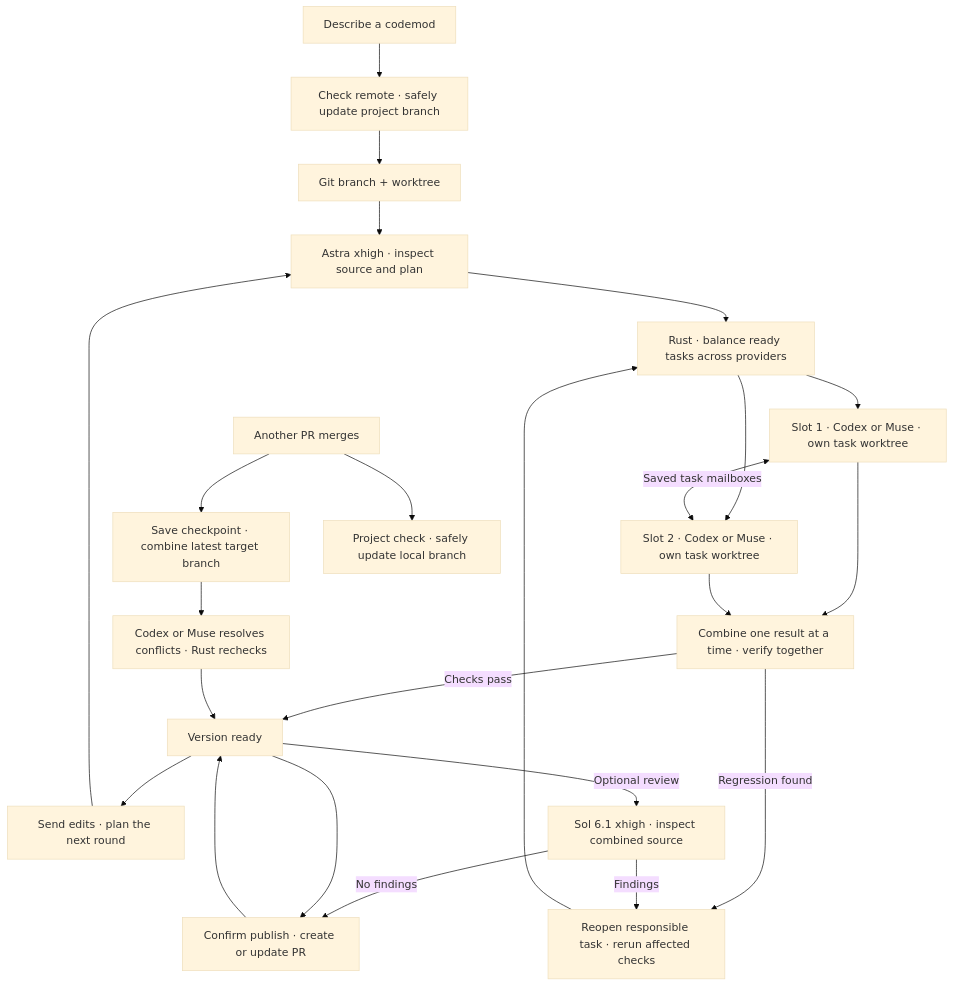
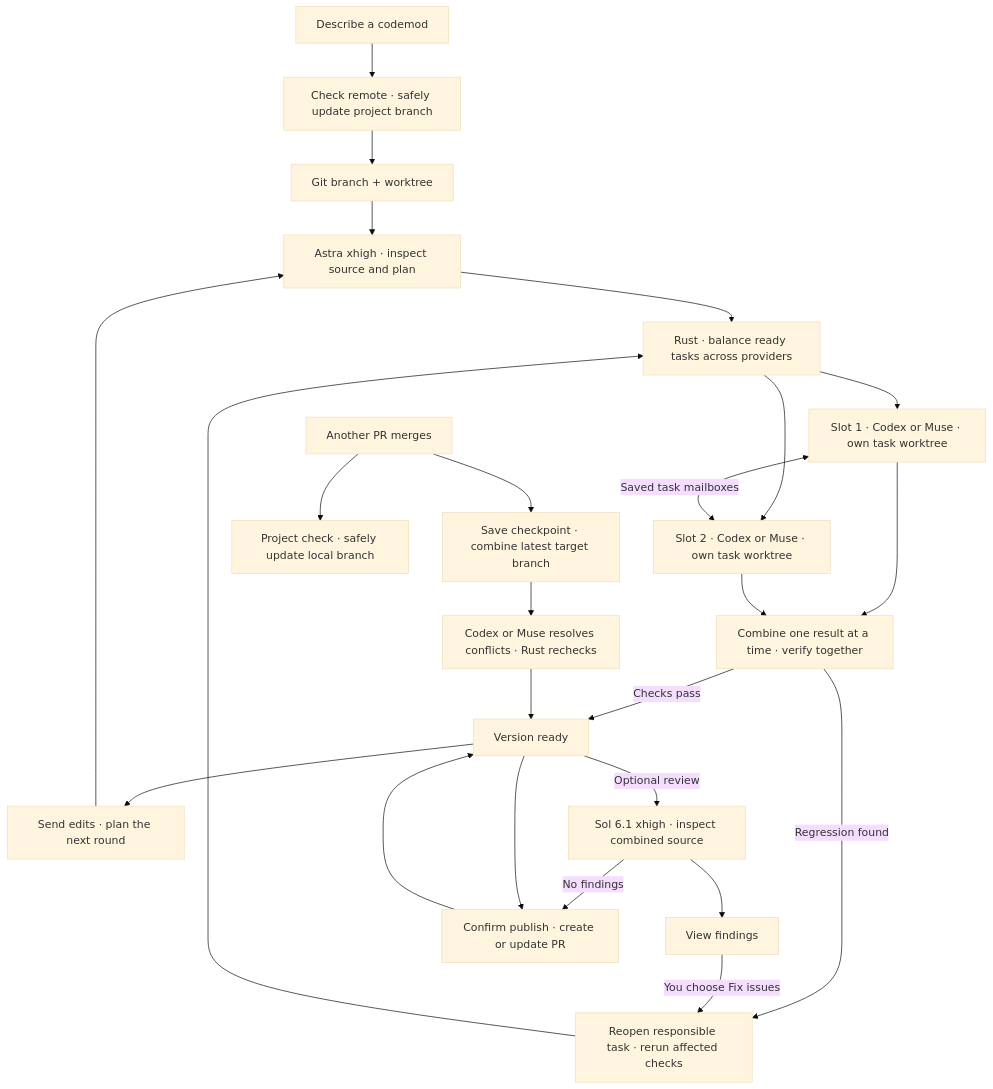
One commit to minimumeffort-dev/sprowt.harness changed the diagram in README.md. Above: the diagram before and after it, drawn with Mermaid (base theme). The commit also changed other lines of this file and 12 other files, not shown here.

Commit message:
Add review findings view and explicit repair actions

````diff
--- a/README.md
+++ b/README.md
@@ -37,26 +37,27 @@
 ```mermaid
 flowchart TB
     goal["Describe a codemod"] --> sync["Check remote · safely update project branch"]
     sync --> setup["Git branch + worktree"]
     setup --> planner["Astra xhigh · inspect source and plan"]
     planner --> schedule["Rust · balance ready tasks across providers"]
     schedule --> first["Slot 1 · Codex or Muse · own task worktree"]
     schedule --> second["Slot 2 · Codex or Muse · own task worktree"]
     first <-->|"Saved task mailboxes"| second
     first --> combine["Combine one result at a time · verify together"]
     second --> combine
     combine -->|"Checks pass"| ready["Version ready"]
     combine -->|"Regression found"| repair["Reopen responsible task · rerun affected checks"]
     repair --> schedule
     ready --> edits["Send edits · plan the next round"]
     edits --> planner
     ready -->|"Optional review"| reviewer["Sol 6.1 xhigh · inspect combined source"]
-    reviewer -->|"Findings"| repair
+    reviewer --> findings["View findings"]
+    findings -->|"You choose Fix issues"| repair
     reviewer -->|"No findings"| publish
     ready --> publish["Confirm publish · create or update PR"]
     publish --> ready
     upstream["Another PR merges"] --> update["Save checkpoint · combine latest target branch"]
     upstream --> local["Project check · safely update local branch"]
     update --> verify["Codex or Muse resolves conflicts · Rust rechecks"]
     verify --> ready
 ```
````
